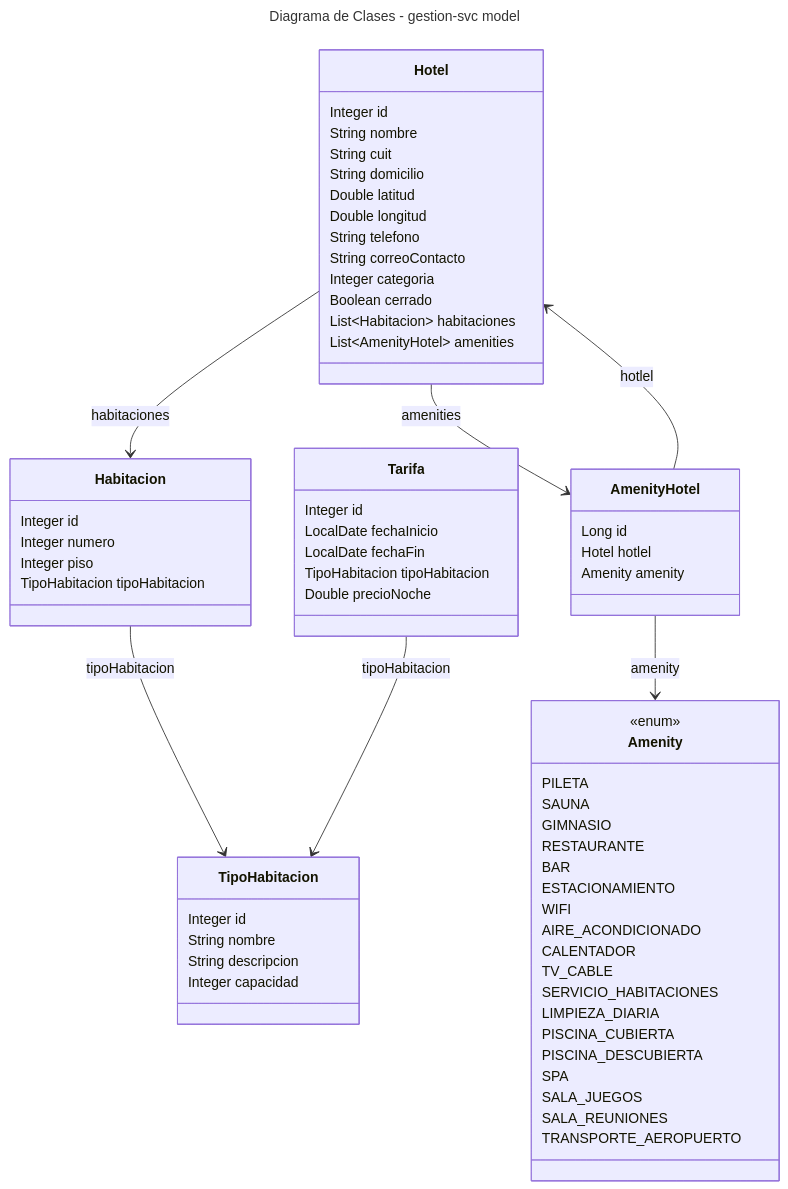
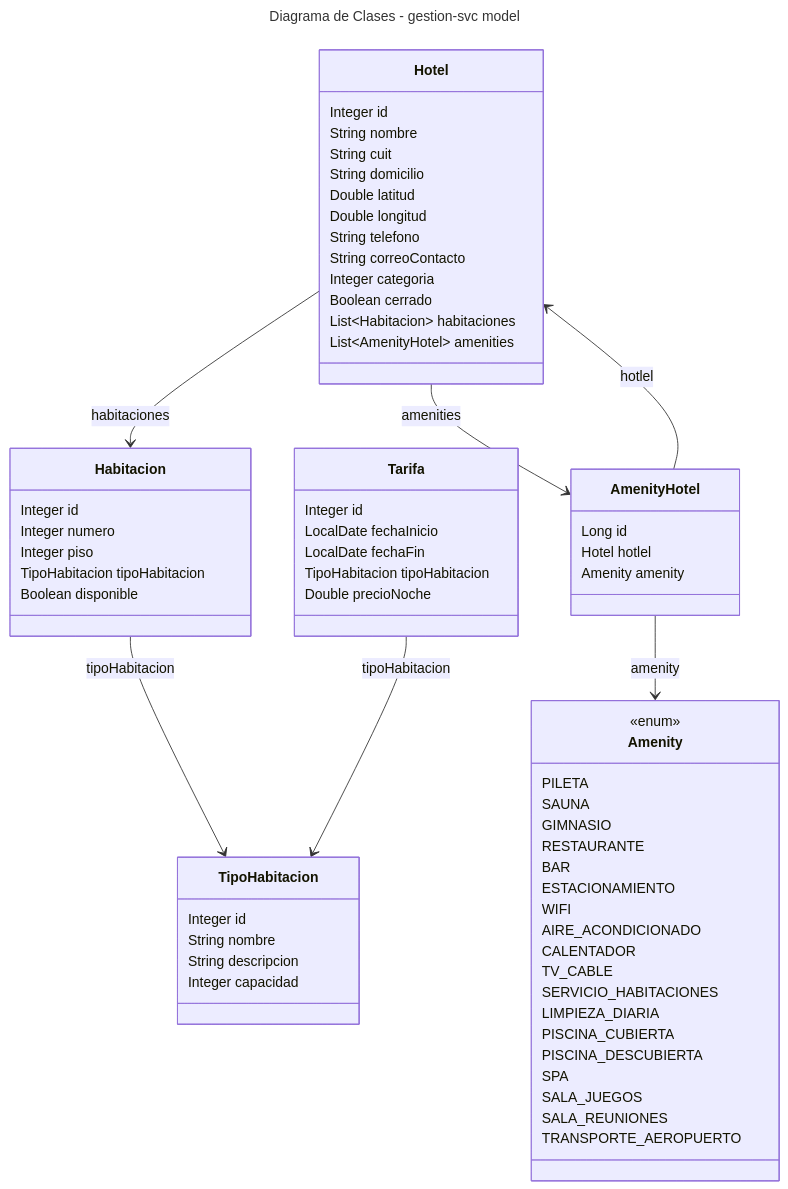
The diagram in services/gestion-svc/modelo.mmd (DanielCab1221/tp-2025), drawn with Mermaid before and after one commit. The commit also changed 7 other files, not shown here.

```diff
--- a/services/gestion-svc/modelo.mmd
+++ b/services/gestion-svc/modelo.mmd
@@ -1,69 +1,70 @@
 ---
 title: Diagrama de Clases - gestion-svc model
 ---
 classDiagram
     class Hotel {
         Integer id
         String nombre
         String cuit
         String domicilio
         Double latitud
         Double longitud
         String telefono
         String correoContacto
         Integer categoria
         Boolean cerrado
         List~Habitacion~ habitaciones
         List~AmenityHotel~ amenities
     }
     class Habitacion {
         Integer id
         Integer numero
         Integer piso
         TipoHabitacion tipoHabitacion
+        Boolean disponible
     }
     class TipoHabitacion {
         Integer id
         String nombre
         String descripcion
         Integer capacidad
     }
     class Tarifa {
         Integer id
         LocalDate fechaInicio
         LocalDate fechaFin
         TipoHabitacion tipoHabitacion
         Double precioNoche
     }
     class AmenityHotel {
         Long id
         Hotel hotlel
         Amenity amenity
     }
     class Amenity {
         <<enum>>
         PILETA
         SAUNA
         GIMNASIO
         RESTAURANTE
         BAR
         ESTACIONAMIENTO
         WIFI
         AIRE_ACONDICIONADO
         CALENTADOR
         TV_CABLE
         SERVICIO_HABITACIONES
         LIMPIEZA_DIARIA
         PISCINA_CUBIERTA
         PISCINA_DESCUBIERTA
         SPA
         SALA_JUEGOS
         SALA_REUNIONES
         TRANSPORTE_AEROPUERTO
     }
     Hotel --> Habitacion : habitaciones
     Hotel --> AmenityHotel : amenities
     AmenityHotel --> Hotel : hotlel
     AmenityHotel --> Amenity : amenity
     Habitacion --> TipoHabitacion : tipoHabitacion
     Tarifa --> TipoHabitacion : tipoHabitacion
```
